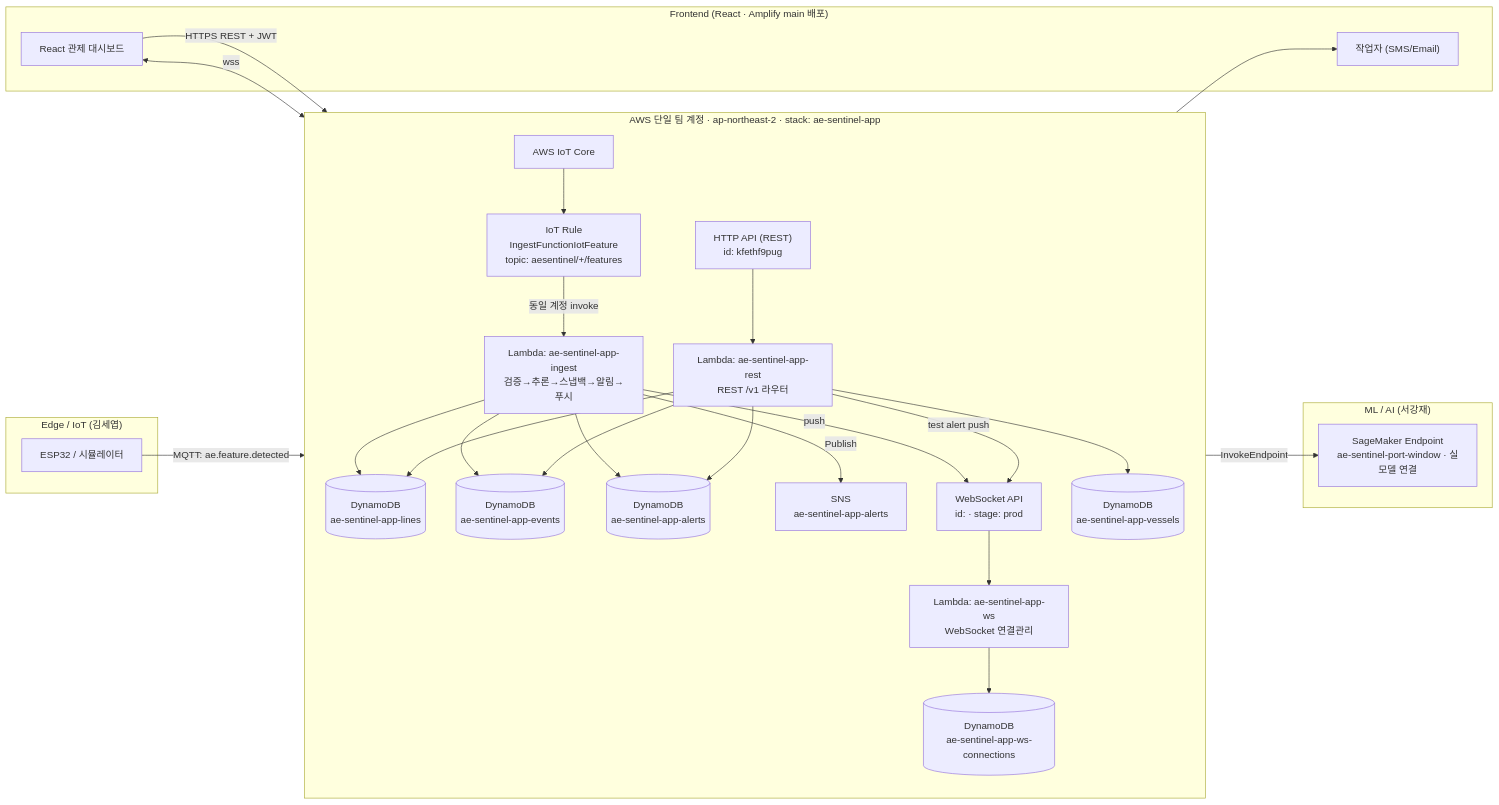
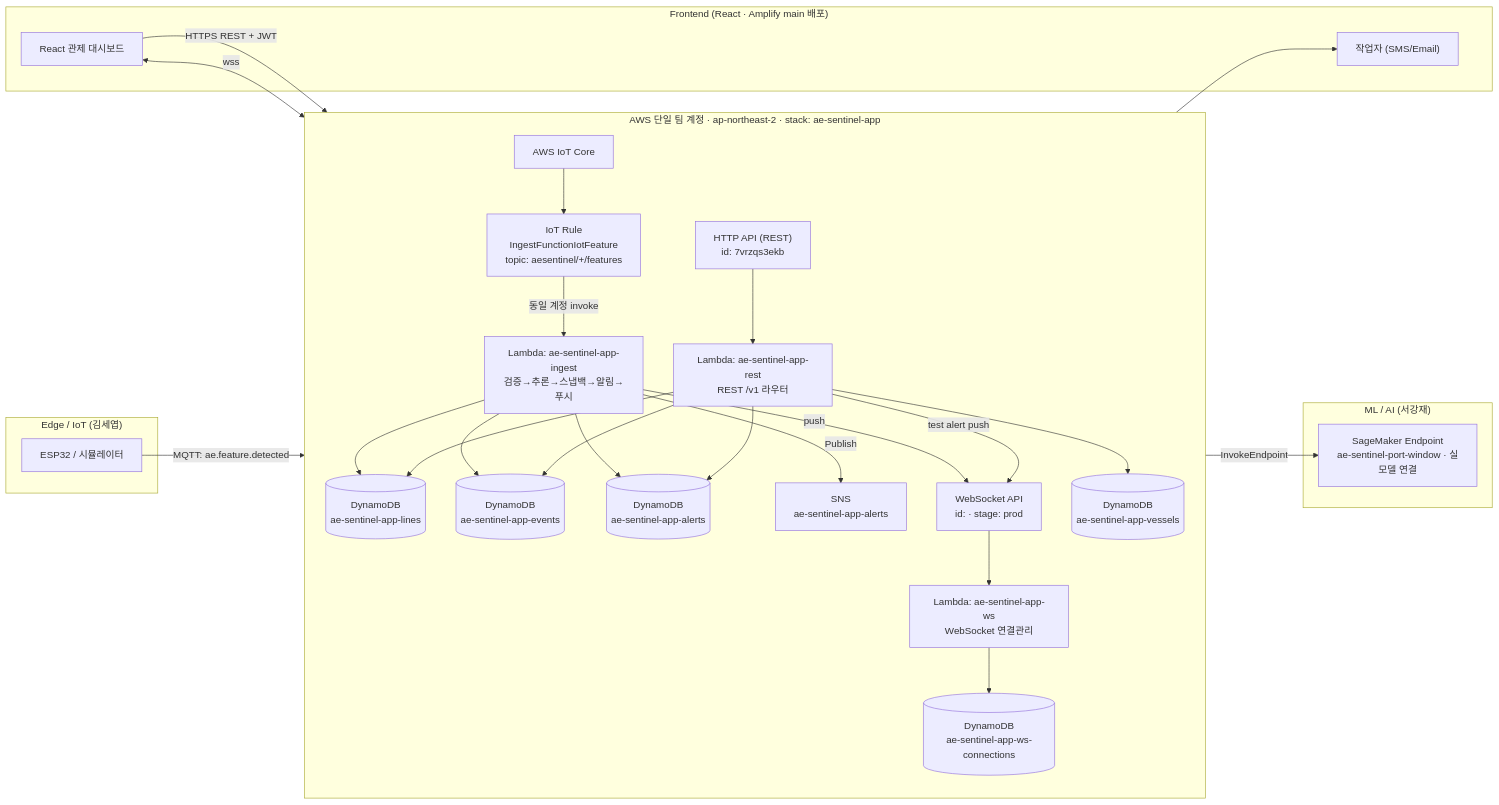
The diagram in docs/operations/aws-application-account-guide.md (AWS-PBL-6/docs), drawn with Mermaid before and after one commit. The commit also changed other lines of this file and 3 other files, not shown here.

````diff
--- a/docs/operations/aws-application-account-guide.md
+++ b/docs/operations/aws-application-account-guide.md
@@ -30,46 +35,46 @@
 ```mermaid
 flowchart LR
     subgraph EDGE["Edge / IoT (김세엽)"]
         ESP["ESP32 / 시뮬레이터"]
     end
 
     subgraph ACCT["AWS 단일 팀 계정 · ap-northeast-2 · stack: ae-sentinel-app"]
         direction TB
 
         IOTCORE["AWS IoT Core"]
         RULE["IoT Rule<br/>IngestFunctionIotFeature<br/>topic: aesentinel/+/features"]
 
         INGEST["Lambda: ae-sentinel-app-ingest<br/>검증→추론→스냅백→알림→푸시"]
         REST["Lambda: ae-sentinel-app-rest<br/>REST /v1 라우터"]
         WS["Lambda: ae-sentinel-app-ws<br/>WebSocket 연결관리"]
 
-        HTTPAPI["HTTP API (REST)<br/>id: kfethf9pug"]
+        HTTPAPI["HTTP API (REST)<br/>id: 7vrzqs3ekb"]
         WSAPI["WebSocket API<br/>id: <ws-api-id> · stage: prod"]
 
         LINES[("DynamoDB<br/>ae-sentinel-app-lines")]
         EVENTS[("DynamoDB<br/>ae-sentinel-app-events")]
         ALERTS[("DynamoDB<br/>ae-sentinel-app-alerts")]
         CONN[("DynamoDB<br/>ae-sentinel-app-ws-connections")]
         VESSELS[("DynamoDB<br/>ae-sentinel-app-vessels")]
         SNS["SNS<br/>ae-sentinel-app-alerts"]
     end
 
     subgraph ML["ML / AI (서강재)"]
         SM["SageMaker Endpoint<br/>ae-sentinel-port-window · 실모델 연결"]
     end
 
     subgraph FE["Frontend (React · Amplify main 배포)"]
         DASH["React 관제 대시보드"]
         WORKER["작업자 (SMS/Email)"]
     end
 
     ESP -->|"MQTT: ae.feature.detected"| IOTCORE --> RULE -->|"동일 계정 invoke"| INGEST
     INGEST -->|"InvokeEndpoint"| SM
     INGEST --> LINES & EVENTS & ALERTS
     INGEST -->|"Publish"| SNS --> WORKER
     INGEST -->|"push"| WSAPI
 
     DASH -->|"HTTPS REST + JWT"| HTTPAPI --> REST --> LINES & EVENTS & ALERTS & VESSELS
     DASH <-->|"wss"| WSAPI --> WS --> CONN
     REST -->|"test alert push"| WSAPI
 ```
````
